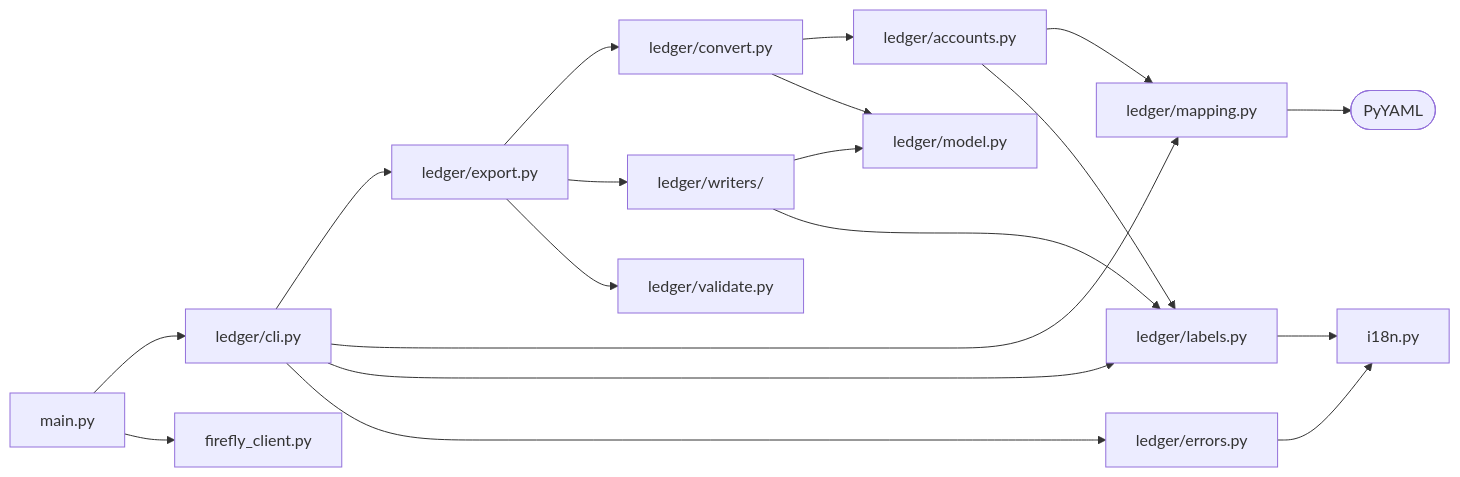
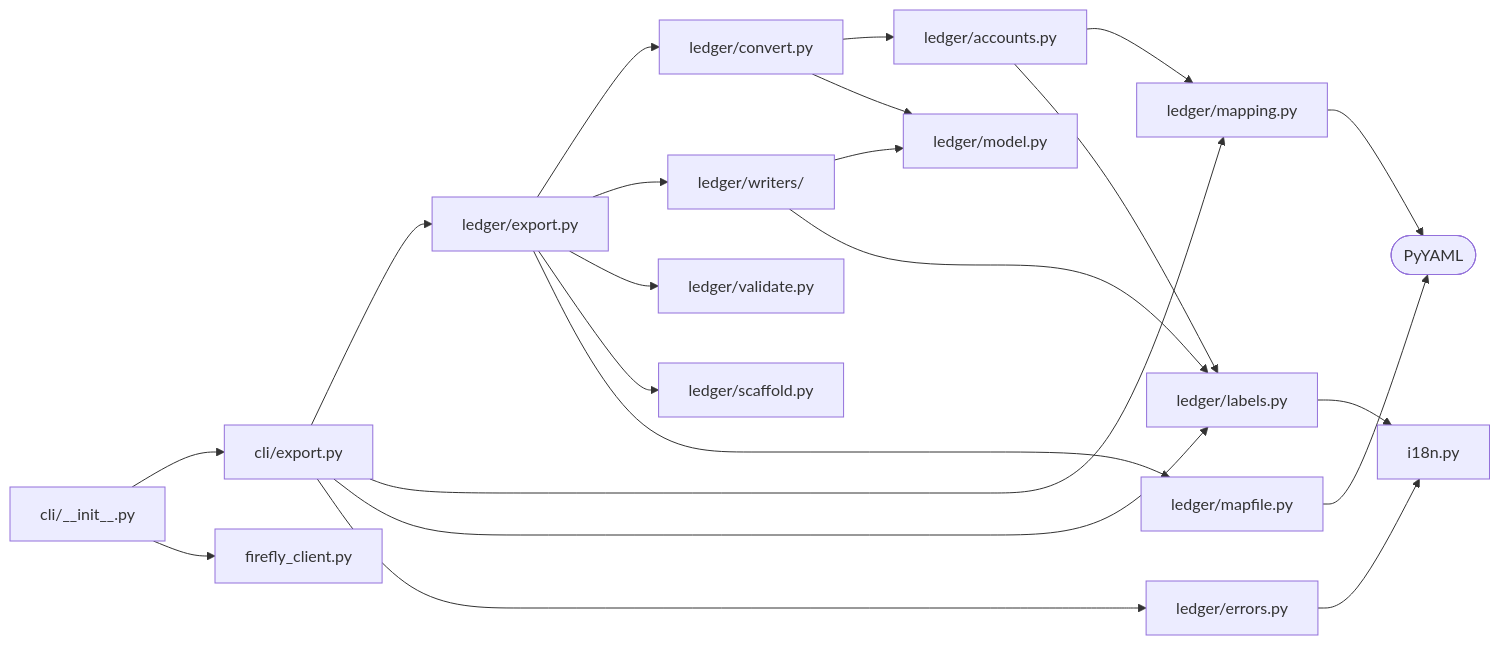
One commit to fran33git/firefly-reports changed the second of 6 diagrams in docs/wiki/Ledger-Architecture.md. Above: the diagram before and after it, drawn with Mermaid. The commit also changed other lines of this file and 13 other files, not shown here.

````diff
--- a/docs/wiki/Ledger-Architecture.md
+++ b/docs/wiki/Ledger-Architecture.md
@@ -38,21 +75,24 @@
 ```mermaid
 flowchart LR
-    main["main.py"] --> cli["ledger/cli.py"]
+    main["cli/__init__.py"] --> cli["cli/export.py"]
+    main --> client["firefly_client.py"]
     cli --> export["ledger/export.py"]
     cli --> mapping["ledger/mapping.py"]
     cli --> labels["ledger/labels.py"]
     cli --> errors["ledger/errors.py"]
     export --> convert["ledger/convert.py"]
     export --> writers["ledger/writers/"]
     export --> validate["ledger/validate.py"]
+    export --> scaffold["ledger/scaffold.py"]
+    export --> mapfile["ledger/mapfile.py"]
     convert --> accounts["ledger/accounts.py"]
     convert --> model["ledger/model.py"]
     accounts --> mapping
     accounts --> labels
     writers --> model
     writers --> labels
     labels --> i18n["i18n.py"]
     errors --> i18n
     mapping --> yaml(["PyYAML"])
-    main --> client["firefly_client.py"]
+    mapfile --> yaml
 ```
````
